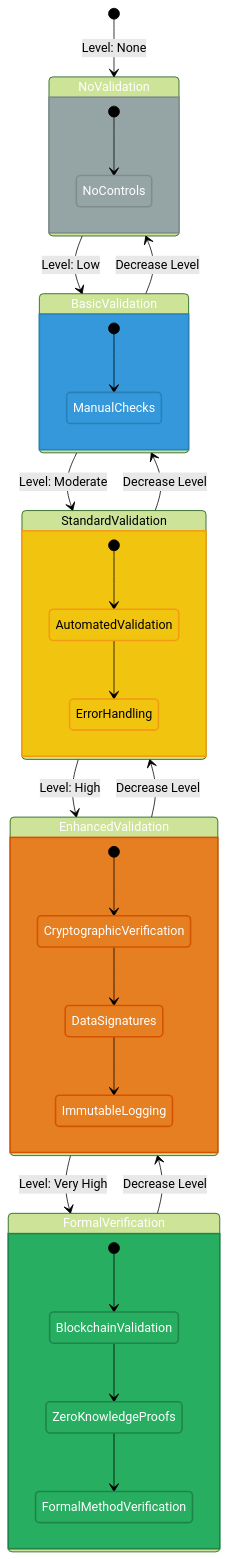
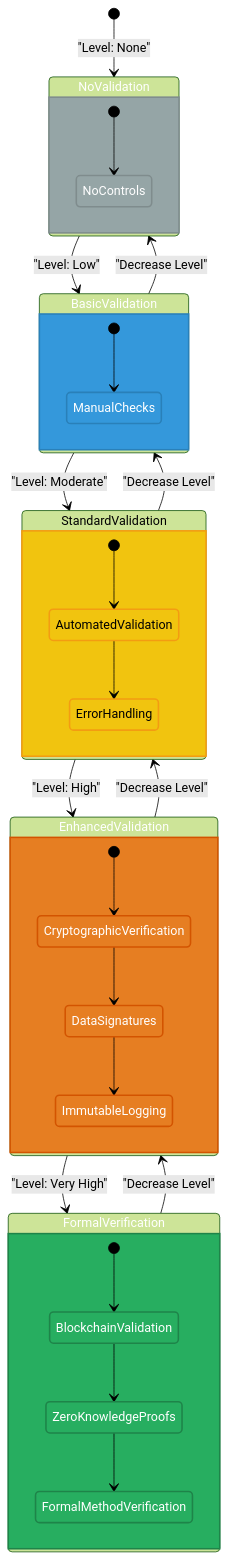
The sixth of 7 diagrams in docs/architecture/STATEDIAGRAM.md (Hack23/cia-compliance-manager), drawn with Mermaid (forest theme) before and after one commit. The commit also changed other lines of this file, not shown here.

Commit message:
fix(docs): improve clarity in STATEDIAGRAM.md by adding quotes to state descriptions and refining class definitions

````diff
--- a/docs/architecture/STATEDIAGRAM.md
+++ b/docs/architecture/STATEDIAGRAM.md
@@ -259,51 +259,51 @@
 ```mermaid
 stateDiagram-v2
-    [*] --> NoValidation: Level: None
+    [*] --> NoValidation: "Level: None"
     
-    NoValidation --> BasicValidation: Level: Low
-    BasicValidation --> StandardValidation: Level: Moderate
-    StandardValidation --> EnhancedValidation: Level: High
-    EnhancedValidation --> FormalVerification: Level: Very High
+    NoValidation --> BasicValidation: "Level: Low"
+    BasicValidation --> StandardValidation: "Level: Moderate"
+    StandardValidation --> EnhancedValidation: "Level: High"
+    EnhancedValidation --> FormalVerification: "Level: Very High"
     
-    FormalVerification --> EnhancedValidation: Decrease Level
-    EnhancedValidation --> StandardValidation: Decrease Level
-    StandardValidation --> BasicValidation: Decrease Level
-    BasicValidation --> NoValidation: Decrease Level
+    FormalVerification --> EnhancedValidation: "Decrease Level"
+    EnhancedValidation --> StandardValidation: "Decrease Level"
+    StandardValidation --> BasicValidation: "Decrease Level"
+    BasicValidation --> NoValidation: "Decrease Level"
     
     state NoValidation {
         [*] --> NoControls
     }
     
     state BasicValidation {
         [*] --> ManualChecks
     }
     
     state StandardValidation {
         [*] --> AutomatedValidation
         AutomatedValidation --> ErrorHandling
     }
     
     state EnhancedValidation {
         [*] --> CryptographicVerification
         CryptographicVerification --> DataSignatures
         DataSignatures --> ImmutableLogging
     }
     
     state FormalVerification {
         [*] --> BlockchainValidation
         BlockchainValidation --> ZeroKnowledgeProofs
         ZeroKnowledgeProofs --> FormalMethodVerification
     }
     
     classDef none fill:#95a5a6,stroke:#7f8c8d,stroke-width:2px,color:white
     classDef low fill:#3498db,stroke:#2980b9,stroke-width:2px,color:white
     classDef moderate fill:#f1c40f,stroke:#f39c12,stroke-width:2px,color:black
     classDef high fill:#e67e22,stroke:#d35400,stroke-width:2px,color:white
     classDef veryhigh fill:#27ae60,stroke:#1e8449,stroke-width:2px,color:white
     
     class NoValidation,NoControls none
     class BasicValidation,ManualChecks low
     class StandardValidation,AutomatedValidation,ErrorHandling moderate
     class EnhancedValidation,CryptographicVerification,DataSignatures,ImmutableLogging high
     class FormalVerification,BlockchainValidation,ZeroKnowledgeProofs,FormalMethodVerification veryhigh
 ```
````
